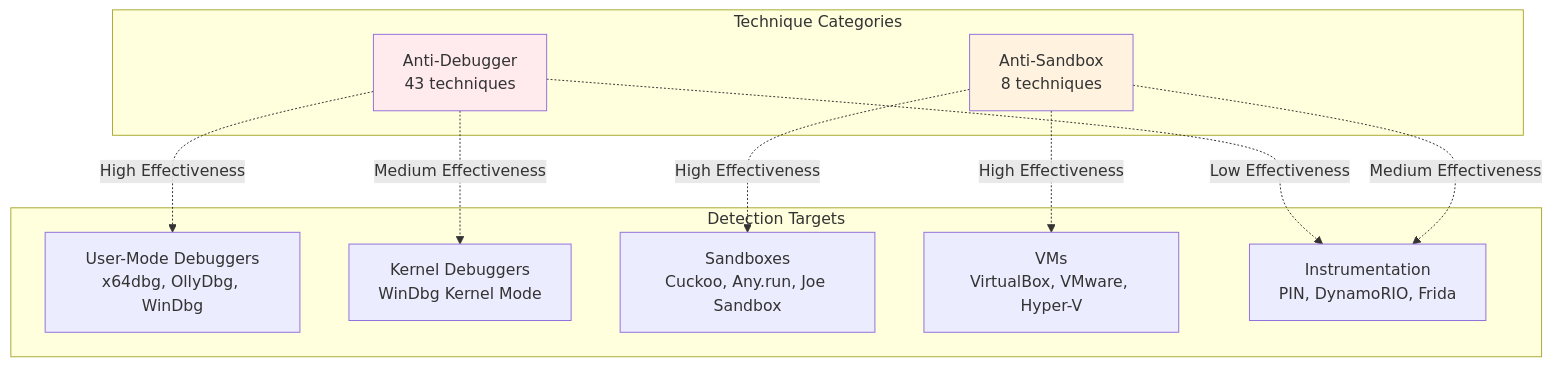
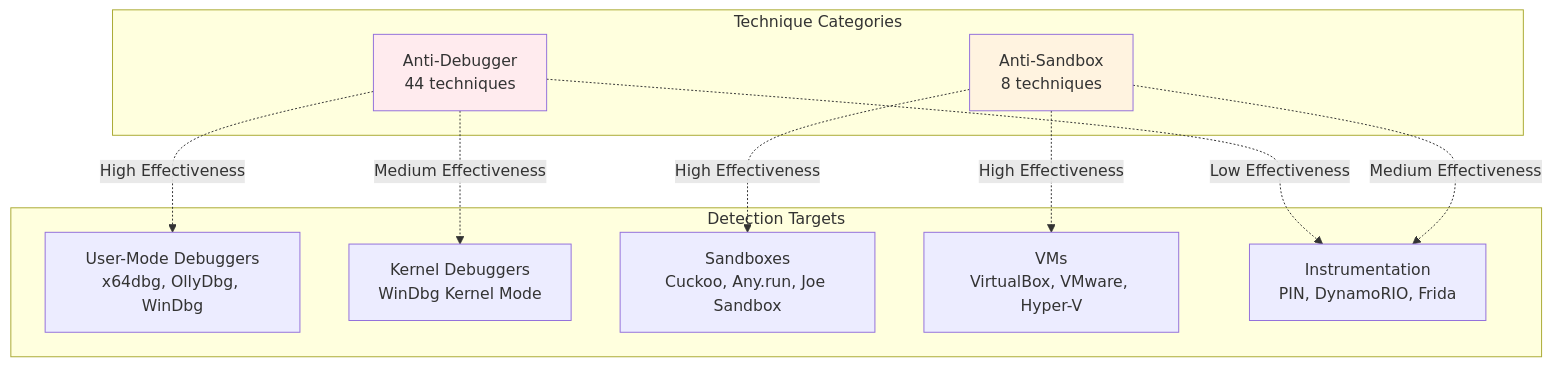
Before and after one commit to mabj/anti: the seventh of 8 diagrams in docs/diagrams/taxonomy.md, drawn with Mermaid. The commit also changed other lines of this file and 3 other files, not shown here.

````diff
--- a/docs/diagrams/taxonomy.md
+++ b/docs/diagrams/taxonomy.md
@@ -216,26 +217,26 @@
 ```mermaid
 graph TB
     subgraph Detection Targets
         T1[User-Mode Debuggers<br/>x64dbg, OllyDbg, WinDbg]
         T2[Kernel Debuggers<br/>WinDbg Kernel Mode]
         T3[Sandboxes<br/>Cuckoo, Any.run, Joe Sandbox]
         T4[VMs<br/>VirtualBox, VMware, Hyper-V]
         T5[Instrumentation<br/>PIN, DynamoRIO, Frida]
     end
 
     subgraph Technique Categories
-        C1[Anti-Debugger<br/>43 techniques]
+        C1[Anti-Debugger<br/>44 techniques]
         C2[Anti-Sandbox<br/>8 techniques]
     end
 
     C1 -.High Effectiveness.-> T1
     C1 -.Medium Effectiveness.-> T2
     C1 -.Low Effectiveness.-> T5
 
     C2 -.High Effectiveness.-> T3
     C2 -.High Effectiveness.-> T4
     C2 -.Medium Effectiveness.-> T5
 
     style C1 fill:#ffebee
     style C2 fill:#fff3e0
 ```
````
